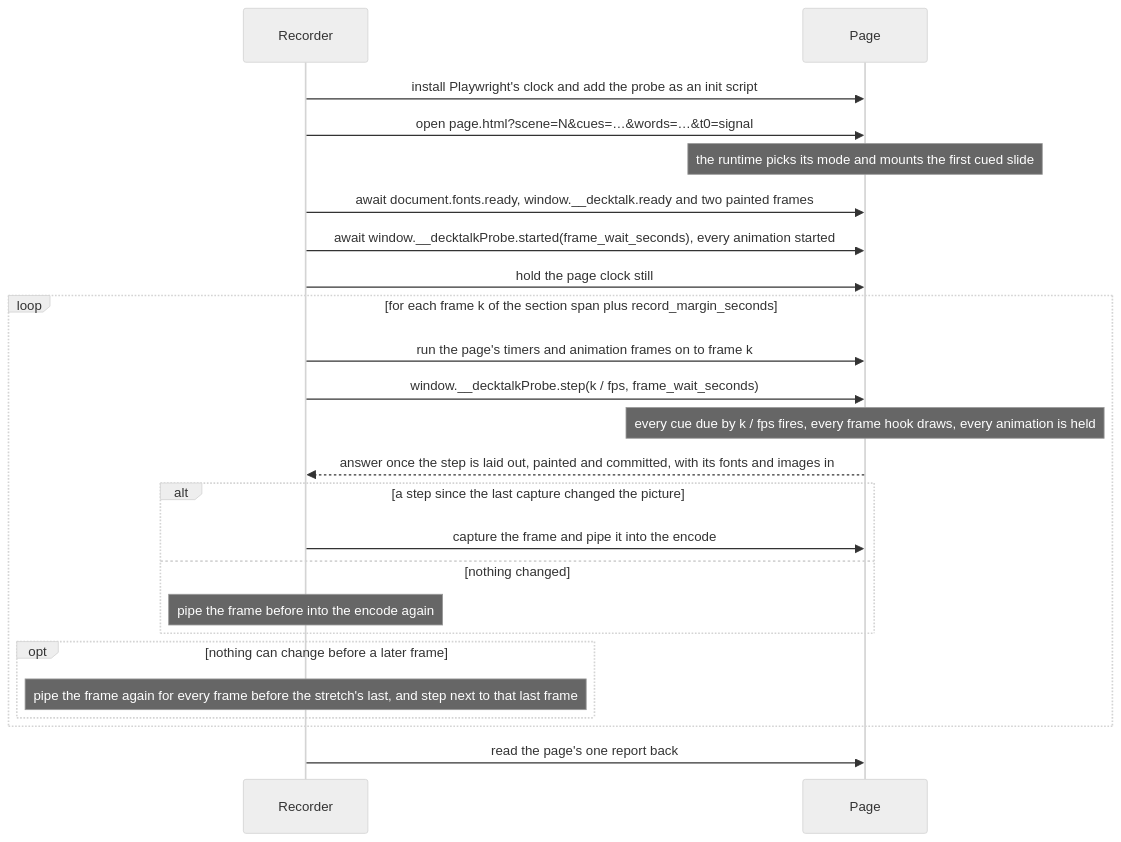
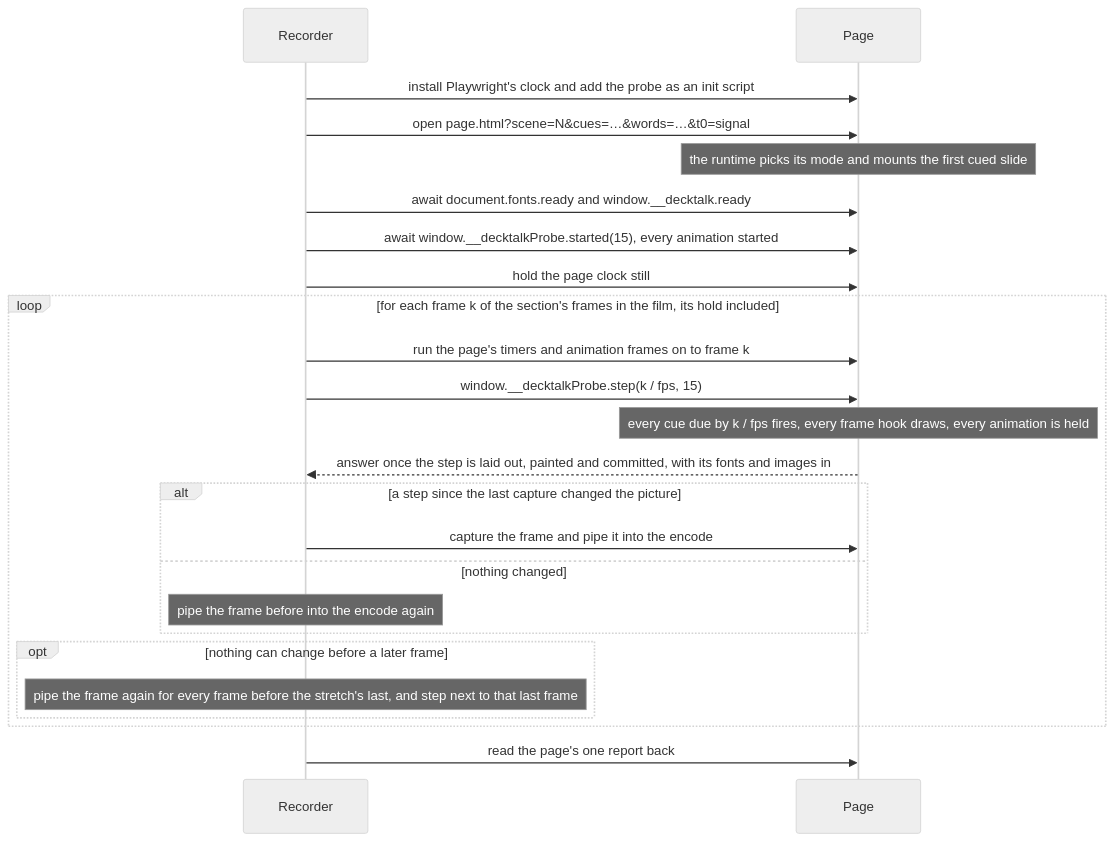
One commit to jacobcbeaudin/decktalk changed the diagram in docs/concepts/page-contract.mdx. Above: the diagram before and after it, drawn with Mermaid (neutral theme). The commit also changed other lines of this file and 135 other files, not shown here.

First line of the commit message:
fix: carry clip speech in the transcript and record exactly the frames a film plays

````diff
--- a/docs/concepts/page-contract.mdx
+++ b/docs/concepts/page-contract.mdx
@@ -404,26 +406,26 @@
 ```mermaid
 sequenceDiagram
     participant R as Recorder
     participant P as Page
     R->>P: install Playwright's clock and add the probe as an init script
     R->>P: open page.html?scene=N&cues=…&words=…&t0=signal
     Note over P: the runtime picks its mode and mounts the first cued slide
-    R->>P: await document.fonts.ready, window.__decktalk.ready and two painted frames
-    R->>P: await window.__decktalkProbe.started(frame_wait_seconds), every animation started
+    R->>P: await document.fonts.ready and window.__decktalk.ready
+    R->>P: await window.__decktalkProbe.started(15), every animation started
     R->>P: hold the page clock still
-    loop for each frame k of the section span plus record_margin_seconds
+    loop for each frame k of the section's frames in the film, its hold included
         R->>P: run the page's timers and animation frames on to frame k
-        R->>P: window.__decktalkProbe.step(k / fps, frame_wait_seconds)
+        R->>P: window.__decktalkProbe.step(k / fps, 15)
         Note over P: every cue due by k / fps fires, every frame hook draws, every animation is held
         P-->>R: answer once the step is laid out, painted and committed, with its fonts and images in
         alt a step since the last capture changed the picture
             R->>P: capture the frame and pipe it into the encode
         else nothing changed
             Note over R: pipe the frame before into the encode again
         end
         opt nothing can change before a later frame
             Note over R: pipe the frame again for every frame before the stretch's last, and step next to that last frame
         end
     end
     R->>P: read the page's one report back
 ```
````
